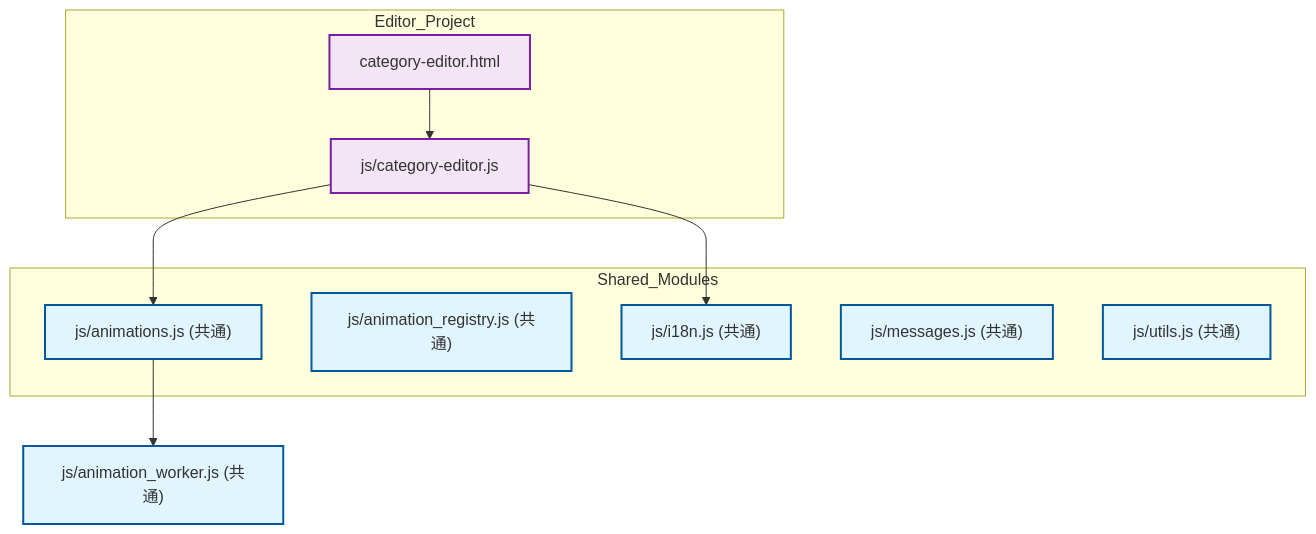
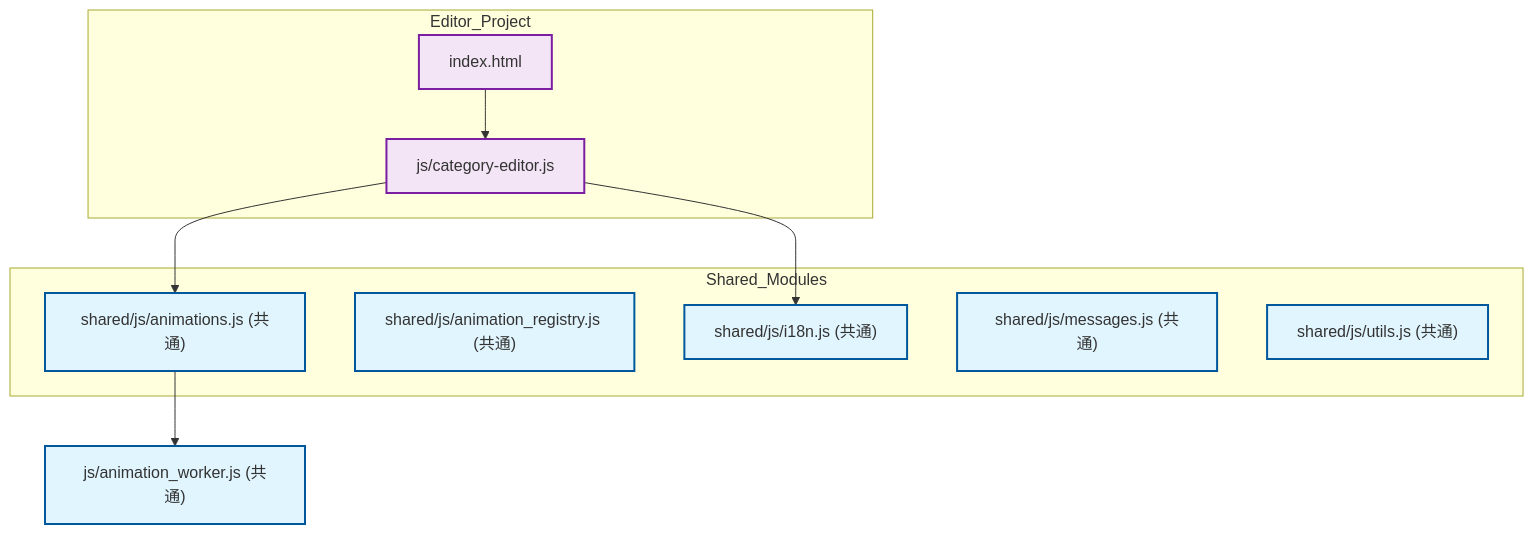
One commit to masanori-satake/QuickLog-Solo changed diagram 12 of 14 in docs/README_DEV.md. Above: the diagram before and after it, drawn with Mermaid. The commit also changed other lines of this file and 14 other files, not shown here.

````diff
--- a/docs/README_DEV.md
+++ b/docs/README_DEV.md
@@ -458,23 +458,23 @@
 ```mermaid
 graph TD
     classDef common fill:#e1f5fe,stroke:#01579b,stroke-width:2px;
     classDef unique fill:#f3e5f5,stroke:#7b1fa2,stroke-width:2px;
 
     subgraph Editor_Project
-        EditorHTML[category-editor.html]:::unique
+        EditorHTML[index.html]:::unique
         EditorJS[js/category-editor.js]:::unique
     end
 
     subgraph Shared_Modules
-        Anim["js/animations.js (共通)"]:::common
-        Registry["js/animation_registry.js (共通)"]:::common
-        I18n["js/i18n.js (共通)"]:::common
-        Messages["js/messages.js (共通)"]:::common
-        Utils["js/utils.js (共通)"]:::common
+            Anim["shared/js/animations.js (共通)"]:::common
+        Registry["shared/js/animation_registry.js (共通)"]:::common
+            I18n["shared/js/i18n.js (共通)"]:::common
+            Messages["shared/js/messages.js (共通)"]:::common
+            Utils["shared/js/utils.js (共通)"]:::common
     end
 
     EditorHTML --> EditorJS
     EditorJS --> Anim
     EditorJS --> I18n
     Anim --> Worker["js/animation_worker.js (共通)"]:::common
 ```
````
